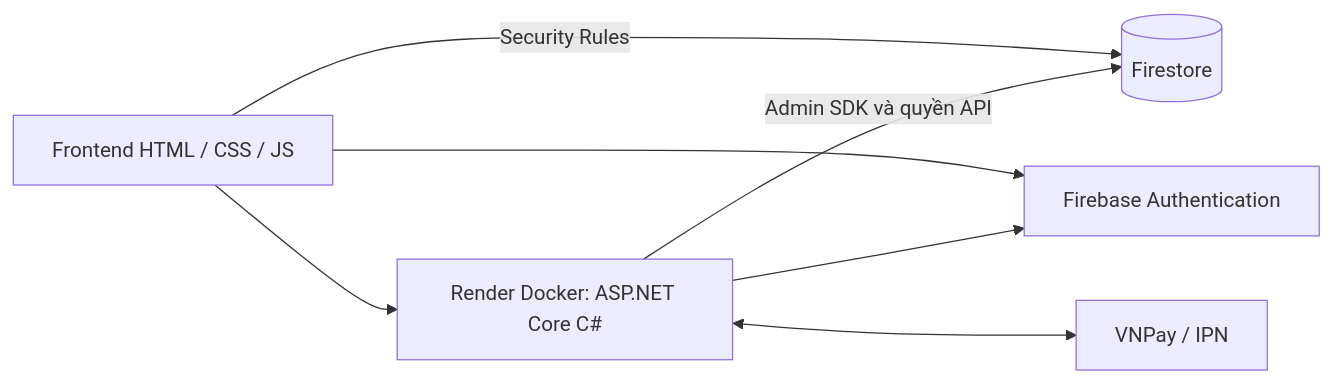
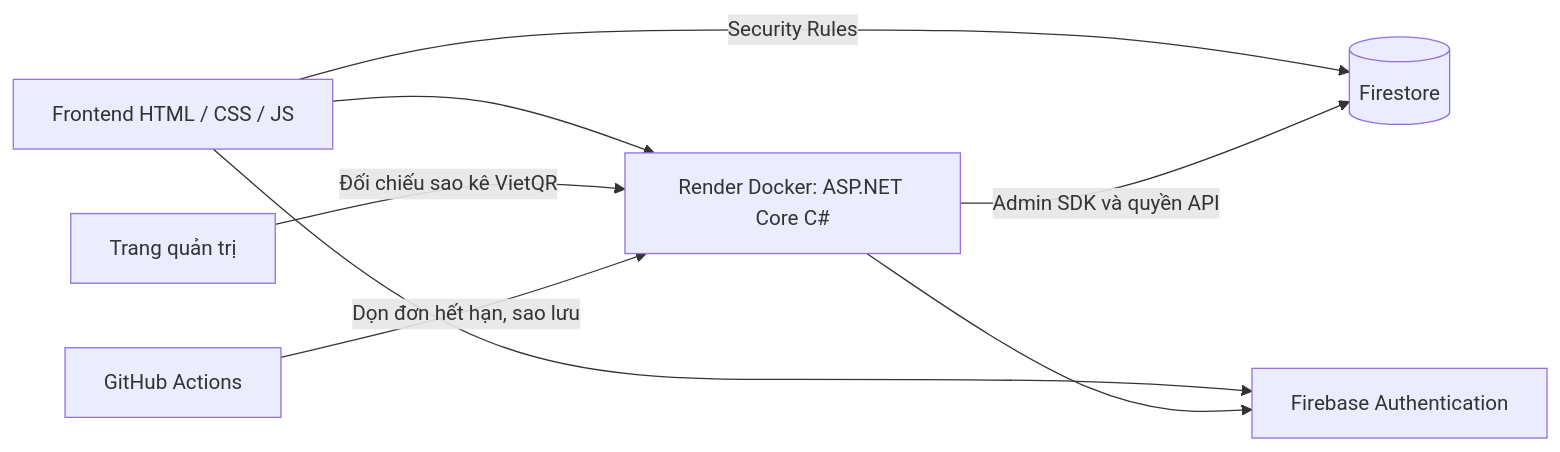
Before and after one commit to Rajat24111994/flower.com: the first of 3 diagrams in docs/wiki/Home.md, drawn with Mermaid. The commit also changed other lines of this file and 8 other files, not shown here.

````diff
--- a/docs/wiki/Home.md
+++ b/docs/wiki/Home.md
@@ -39,9 +39,10 @@
 ```mermaid
 flowchart LR
     Browser[Frontend HTML / CSS / JS] --> Host[Render Docker: ASP.NET Core C#]
     Browser --> Auth[Firebase Authentication]
     Browser -->|Security Rules| DB[(Firestore)]
     Host -->|Admin SDK và quyền API| DB
     Host --> Auth
-    Host <--> VNPay[VNPay / IPN]
+    Admin[Trang quản trị] -->|Đối chiếu sao kê VietQR| Host
+    Actions[GitHub Actions] -->|Dọn đơn hết hạn, sao lưu| Host
 ```
````
